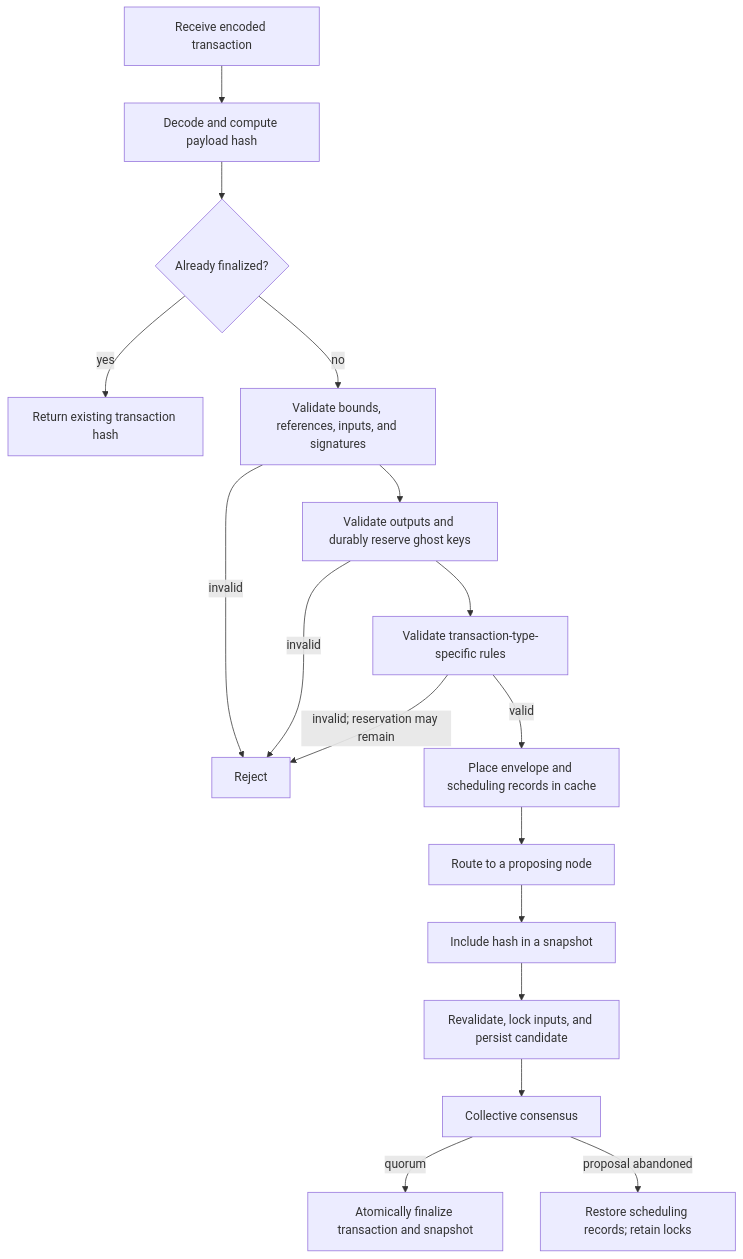
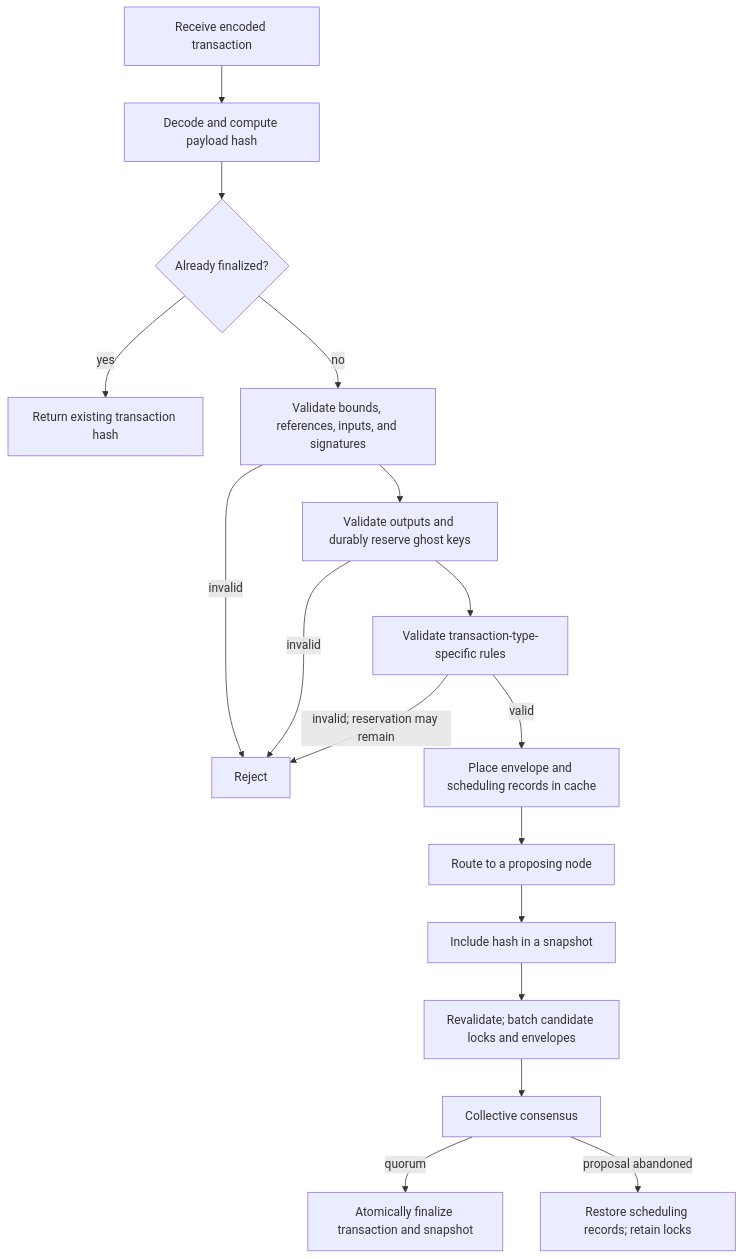
One commit to MixinNetwork/mixin changed the second of 6 diagrams in doc/mixin-kernel-technical-paper.md. Above: the diagram before and after it, drawn with Mermaid. The commit also changed other lines of this file and 8 other files, not shown here.

````diff
--- a/doc/mixin-kernel-technical-paper.md
+++ b/doc/mixin-kernel-technical-paper.md
@@ -174,19 +174,19 @@
 ```mermaid
 flowchart TD
     A[Receive encoded transaction] --> B[Decode and compute payload hash]
     B --> C{Already finalized?}
     C -->|yes| Z[Return existing transaction hash]
     C -->|no| D[Validate bounds, references, inputs, and signatures]
     D -->|invalid| X[Reject]
     D --> E[Validate outputs and durably reserve ghost keys]
     E -->|invalid| X
     E --> T[Validate transaction-type-specific rules]
     T -->|invalid; reservation may remain| X
     T -->|valid| F[Place envelope and scheduling records in cache]
     F --> G[Route to a proposing node]
     G --> H[Include hash in a snapshot]
-    H --> L[Revalidate, lock inputs, and persist candidate]
+    H --> L[Revalidate; batch candidate locks and envelopes]
     L --> I[Collective consensus]
     I -->|quorum| J[Atomically finalize transaction and snapshot]
     I -->|proposal abandoned| K[Restore scheduling records; retain locks]
 ```
````
